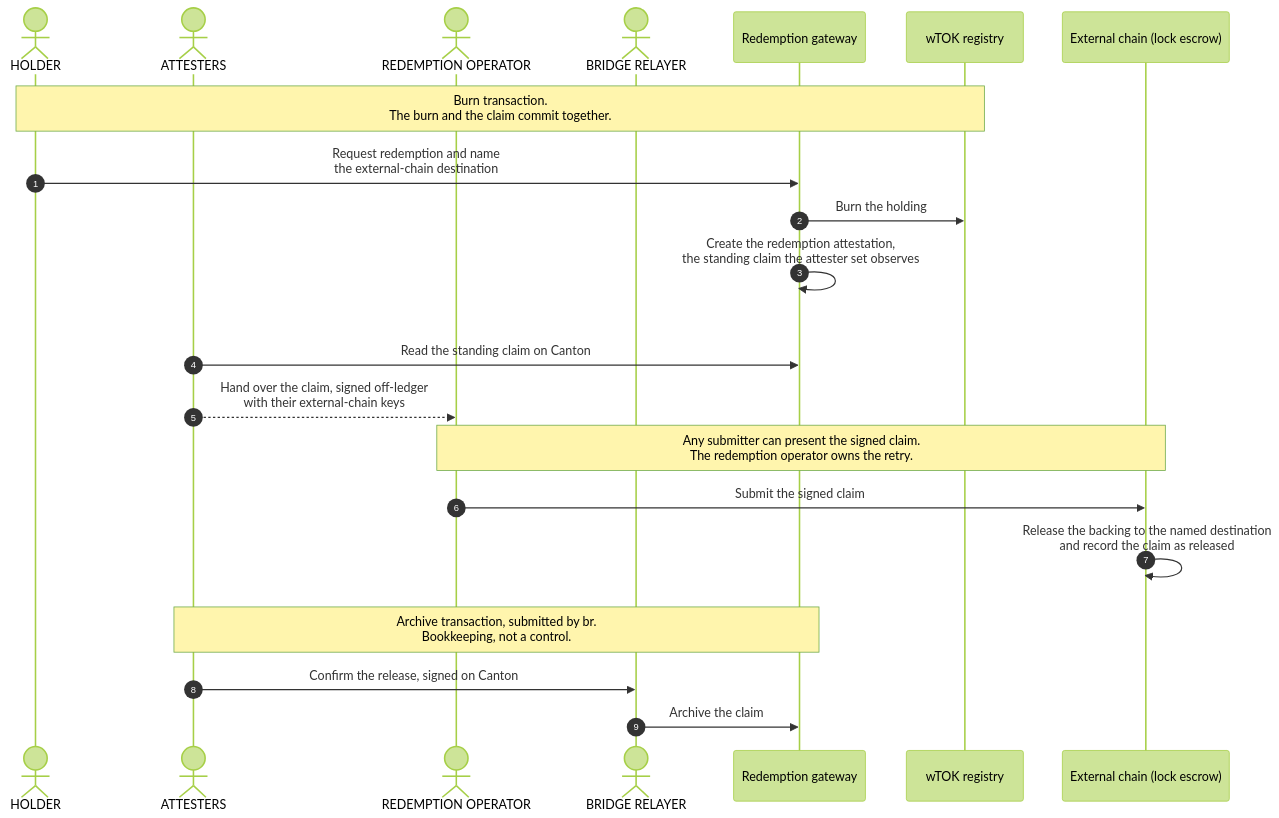
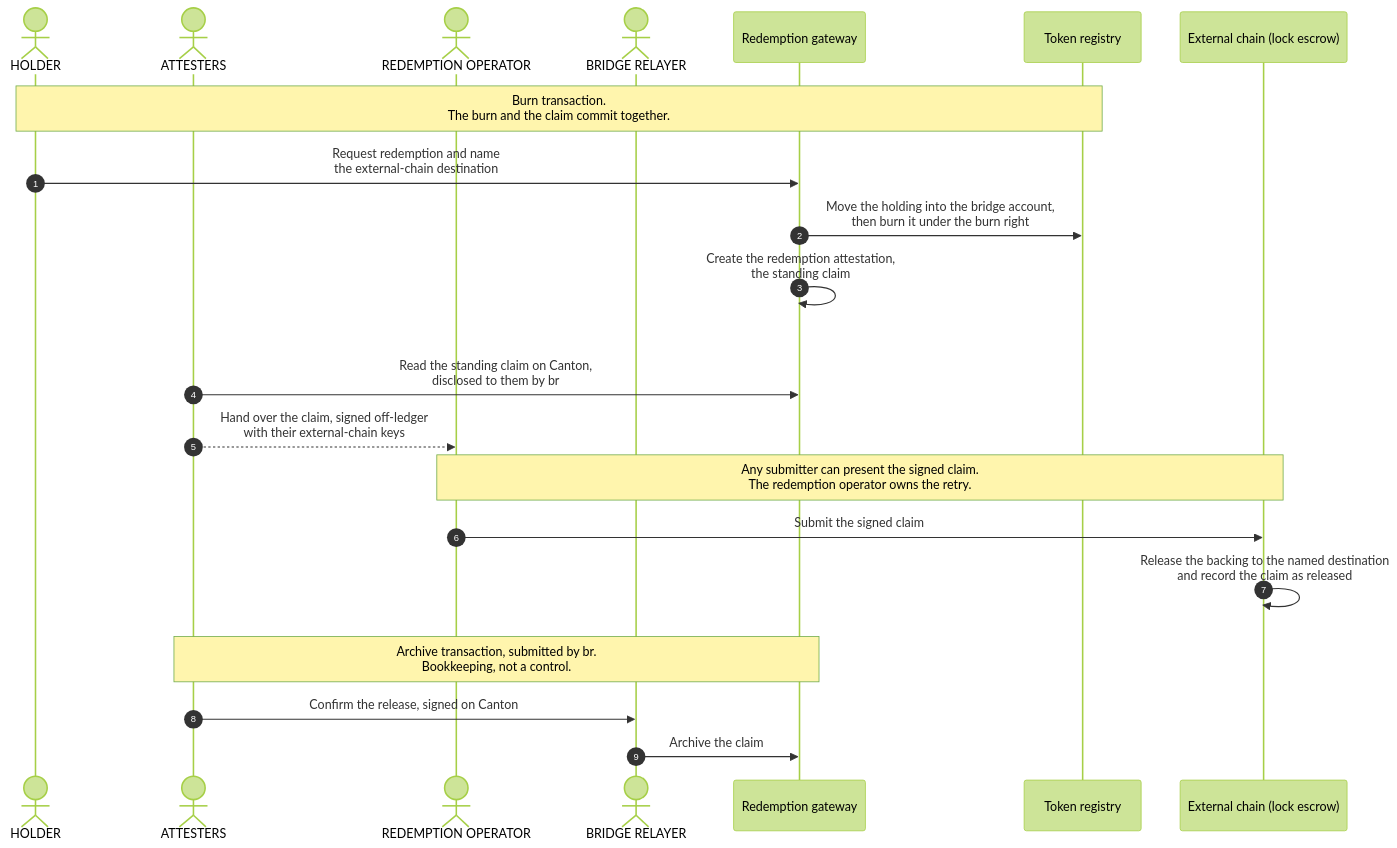
The third of 3 diagrams in docs/reference-architectures/cross-chain-stablecoin.md (OpenZeppelin/canton-specs), drawn with Mermaid (forest theme) before and after one commit. The commit also changed other lines of this file, not shown here.

Commit message:
Make cross-chain bridge registry-agnostic: gateway-side D1/D3 checks, registry-level D2, bridge-account mint, disclosure-only attester reads

````diff
--- a/docs/reference-architectures/cross-chain-stablecoin.md
+++ b/docs/reference-architectures/cross-chain-stablecoin.md
@@ -672,28 +737,28 @@
 ```mermaid
 sequenceDiagram
     autonumber
     actor Holder as HOLDER
     actor Attesters as ATTESTERS
     actor Operator as REDEMPTION OPERATOR
     actor Relayer as BRIDGE RELAYER
     participant Redeem as Redemption gateway
-    participant Registry as wTOK registry
+    participant Registry as Token registry
     participant Chain as External chain (lock escrow)
 
     rect rgba(255, 255, 255, .1)
         Note over Holder,Registry: Burn transaction.<br/>The burn and the claim commit together.
         Holder->>Redeem: Request redemption and name<br/>the external-chain destination
-        Redeem->>Registry: Burn the holding
-        Redeem->>Redeem: Create the redemption attestation,<br/>the standing claim the attester set observes
+        Redeem->>Registry: Move the holding into the bridge account,<br/>then burn it under the burn right
+        Redeem->>Redeem: Create the redemption attestation,<br/>the standing claim
     end
-    Attesters->>Redeem: Read the standing claim on Canton
+    Attesters->>Redeem: Read the standing claim on Canton,<br/>disclosed to them by br
     Attesters-->>Operator: Hand over the claim, signed off-ledger<br/>with their external-chain keys
     Note over Operator,Chain: Any submitter can present the signed claim.<br/>The redemption operator owns the retry.
     Operator->>Chain: Submit the signed claim
     Chain->>Chain: Release the backing to the named destination<br/>and record the claim as released
     rect rgba(255, 255, 255, .1)
         Note over Attesters,Redeem: Archive transaction, submitted by br.<br/>Bookkeeping, not a control.
         Attesters->>Relayer: Confirm the release, signed on Canton
         Relayer->>Redeem: Archive the claim
     end
 ```
````
